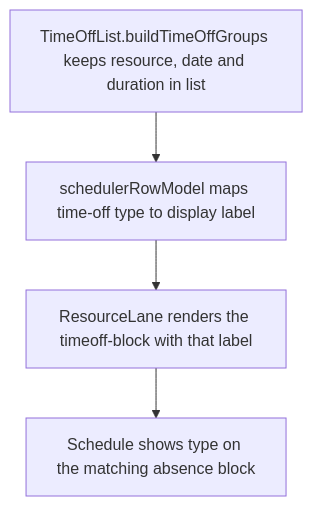
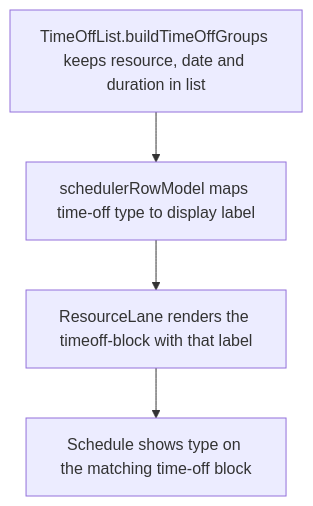
The second of 2 diagrams in user-stories/time-off/US-TOF-04-type-label.md (Kevinjohn/capacitylens), drawn with Mermaid before and after one commit. The commit also changed 15 other files, not shown here.

First line of the commit message:
Time off, not leave or absence: align docs and comments

````diff
--- a/user-stories/time-off/US-TOF-04-type-label.md
+++ b/user-stories/time-off/US-TOF-04-type-label.md
@@ -33,6 +33,6 @@
 ```mermaid
 flowchart TD
   A["TimeOffList.buildTimeOffGroups keeps resource, date and duration in list"] --> B["schedulerRowModel maps time-off type to display label"]
   B --> C["ResourceLane renders the timeoff-block with that label"]
-  C --> D["Schedule shows type on the matching absence block"]
+  C --> D["Schedule shows type on the matching time-off block"]
 ```
````
